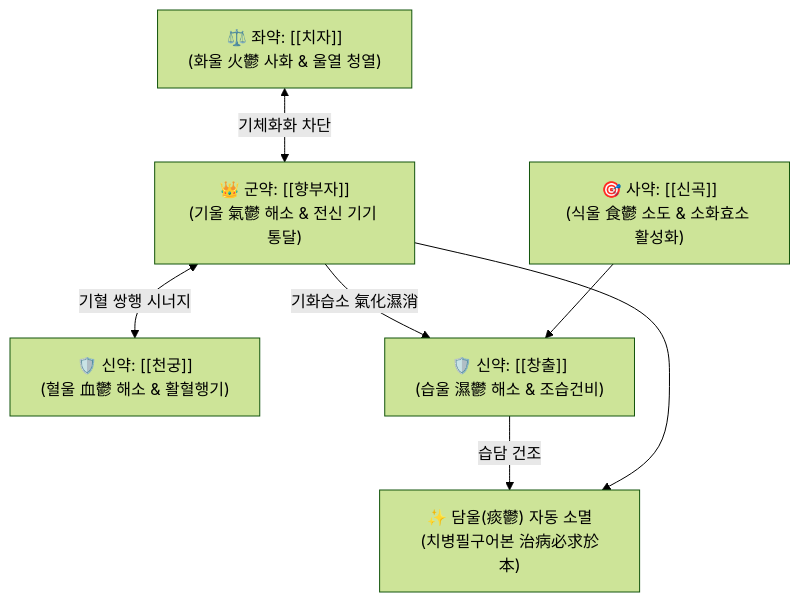
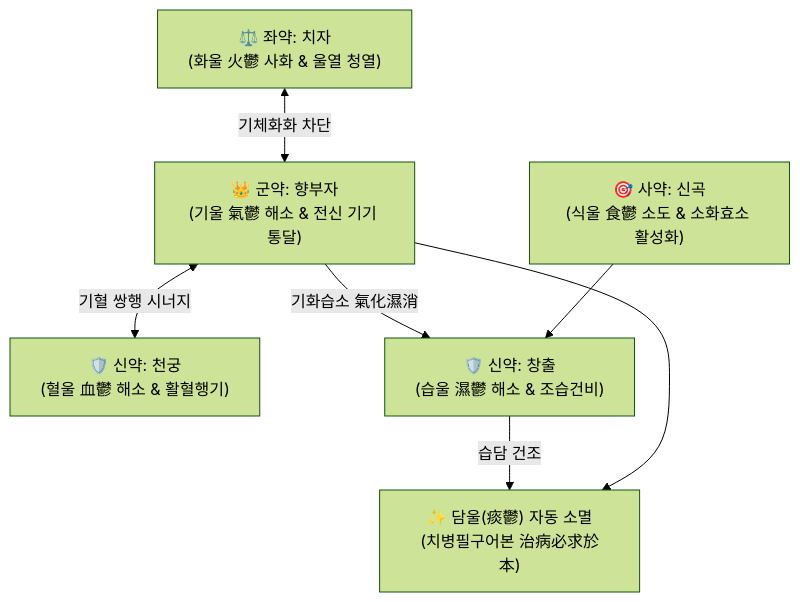
One commit to simbio11/simbio-digital-garden2 changed the diagram in content/2. 약리 공부/처방/04_이기·화해제/월국환.md. Above: the diagram before and after it, drawn with Mermaid (forest theme). The commit also changed other lines of this file and 122 other files, not shown here.

````diff
--- a/content/2. 약리 공부/처방/04_이기·화해제/월국환.md
+++ b/content/2. 약리 공부/처방/04_이기·화해제/월국환.md
@@ -63,9 +64,9 @@
 ```mermaid
 graph TD
-    HB["👑 군약: [[향부자]]<br>(기울 氣鬱 해소 & 전신 기기 통달)"] <-->|기혈 쌍행 시너지| CG["🛡️ 신약: [[천궁]]<br>(혈울 血鬱 해소 & 활혈행기)"]
-    HB -->|기화습소 氣化濕消| CC["🛡️ 신약: [[창출]]<br>(습울 濕鬱 해소 & 조습건비)"]
+    HB["👑 군약: 향부자<br>(기울 氣鬱 해소 & 전신 기기 통달)"] <-->|기혈 쌍행 시너지| CG["🛡️ 신약: 천궁<br>(혈울 血鬱 해소 & 활혈행기)"]
+    HB -->|기화습소 氣化濕消| CC["🛡️ 신약: 창출<br>(습울 濕鬱 해소 & 조습건비)"]
     CC -->|습담 건조| DU["✨ 담울(痰鬱) 자동 소멸<br>(치병필구어본 治病必求於本)"]
     HB --> DU
-    CJ["⚖️ 좌약: [[치자]]<br>(화울 火鬱 사화 & 울열 청열)"] <-->|기체화화 차단| HB
-    SG["🎯 사약: [[신곡]]<br>(식울 食鬱 소도 & 소화효소 활성화)"] --> CC
+    CJ["⚖️ 좌약: 치자<br>(화울 火鬱 사화 & 울열 청열)"] <-->|기체화화 차단| HB
+    SG["🎯 사약: 신곡<br>(식울 食鬱 소도 & 소화효소 활성화)"] --> CC
 ```
````
